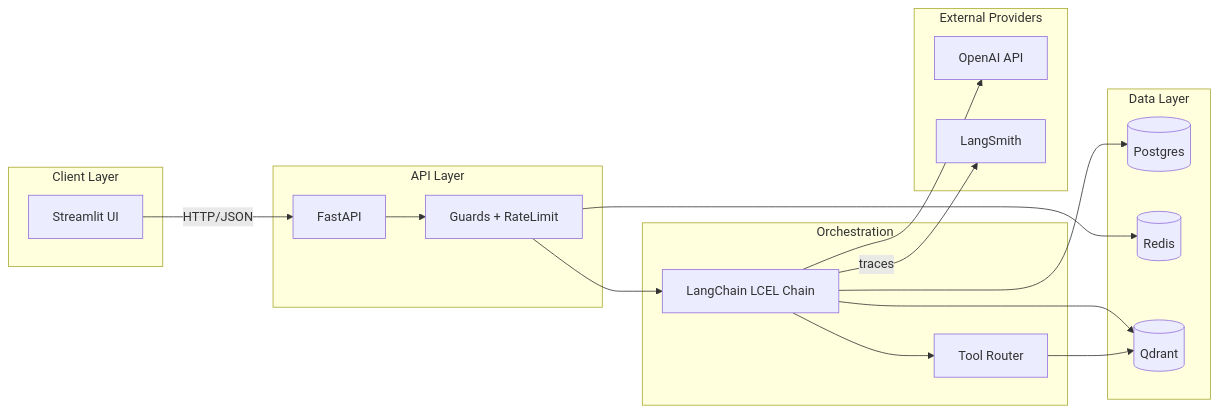
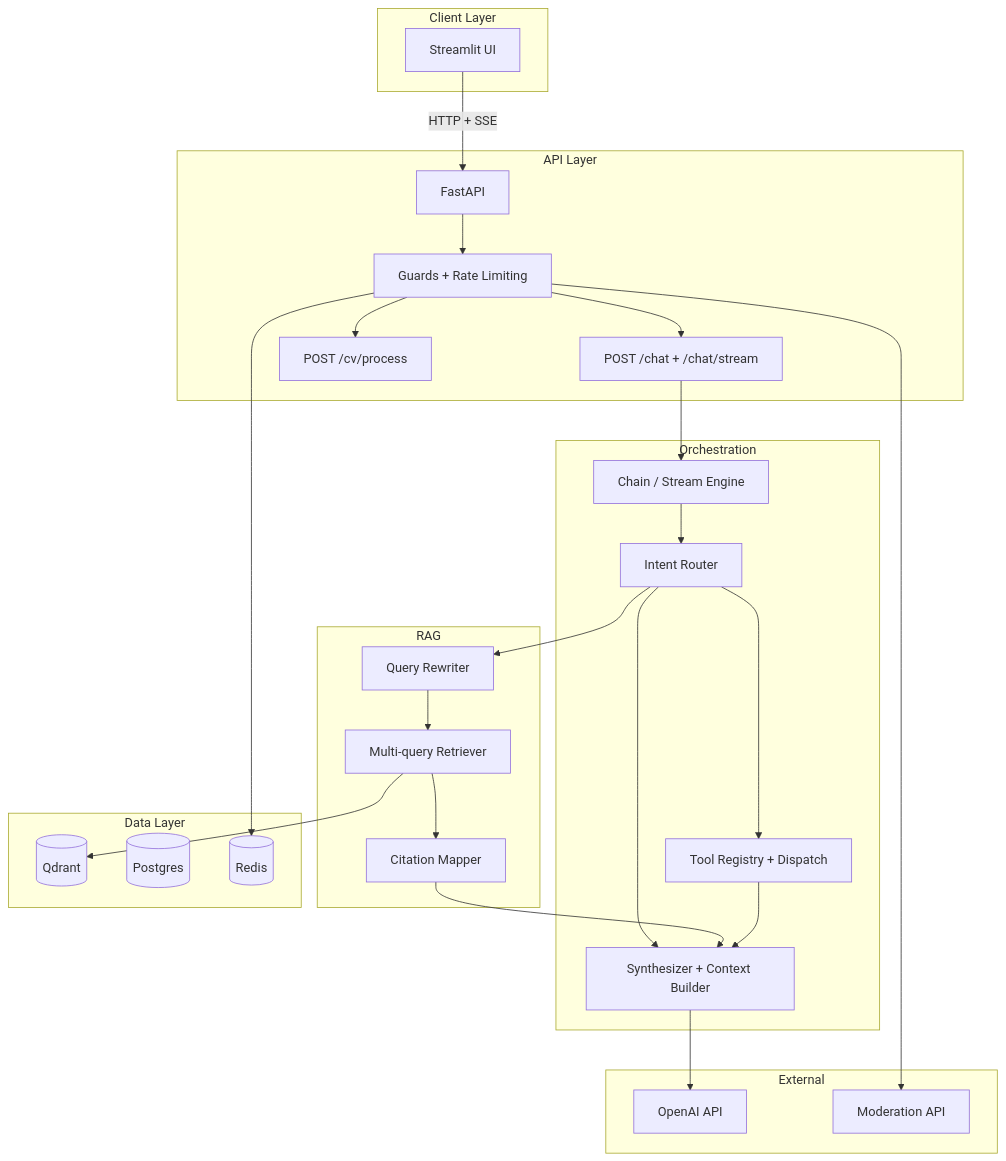
Before and after one commit to Fejjii/Career-Consultant-Platform: the diagram in docs/architecture.md, drawn with Mermaid. The commit also changed other lines of this file and 69 other files, not shown here.

````diff
--- a/docs/architecture.md
+++ b/docs/architecture.md
@@ -5,33 +5,49 @@
 ```mermaid
-flowchart LR
-  subgraph client [Client Layer]
-    StreamlitUI[Streamlit UI]
-  end
-  subgraph apiLayer [API Layer]
-    FastAPI[FastAPI]
-    Middleware[Guards + RateLimit]
-  end
-  subgraph orchestration [Orchestration]
-    LCChain[LangChain LCEL Chain]
-    ToolRouter[Tool Router]
-  end
-  subgraph data [Data Layer]
-    Postgres[(Postgres)]
-    Redis[(Redis)]
-    Qdrant[(Qdrant)]
-  end
-  subgraph providers [External Providers]
-    OpenAI[OpenAI API]
-    LangSmith[LangSmith]
-  end
-  StreamlitUI -->|HTTP/JSON| FastAPI
-  FastAPI --> Middleware
-  Middleware --> LCChain
-  LCChain --> ToolRouter
-  LCChain --> OpenAI
-  LCChain --> Qdrant
-  ToolRouter --> Qdrant
-  LCChain --> Postgres
-  Middleware --> Redis
-  LCChain -->|traces| LangSmith
+flowchart TB
+    subgraph client ["Client Layer"]
+        UI["Streamlit UI"]
+    end
+
+    subgraph api ["API Layer"]
+        FastAPI["FastAPI"]
+        Guards["Guards + Rate Limiting"]
+        ChatEP["POST /chat + /chat/stream"]
+        CVEP["POST /cv/process"]
+    end
+
+    subgraph orchestration ["Orchestration"]
+        Router["Intent Router"]
+        ChainEngine["Chain / Stream Engine"]
+        Synth["Synthesizer + Context Builder"]
+        ToolReg["Tool Registry + Dispatch"]
+    end
+
+    subgraph rag ["RAG"]
+        Rewrite["Query Rewriter"]
+        Retrieve["Multi-query Retriever"]
+        Cite["Citation Mapper"]
+    end
+
+    subgraph data ["Data Layer"]
+        Qdrant[("Qdrant")]
+        Postgres[("Postgres")]
+        Redis[("Redis")]
+    end
+
+    subgraph ext ["External"]
+        OpenAI["OpenAI API"]
+        Moderation["Moderation API"]
+    end
+
+    UI -->|"HTTP + SSE"| FastAPI
+    FastAPI --> Guards --> ChatEP & CVEP
+    ChatEP --> ChainEngine
+    ChainEngine --> Router
+    Router --> Synth
+    Router --> Rewrite --> Retrieve --> Cite --> Synth
+    Router --> ToolReg --> Synth
+    Retrieve --> Qdrant
+    Synth --> OpenAI
+    Guards --> Redis
+    Guards --> Moderation
 ```
````
